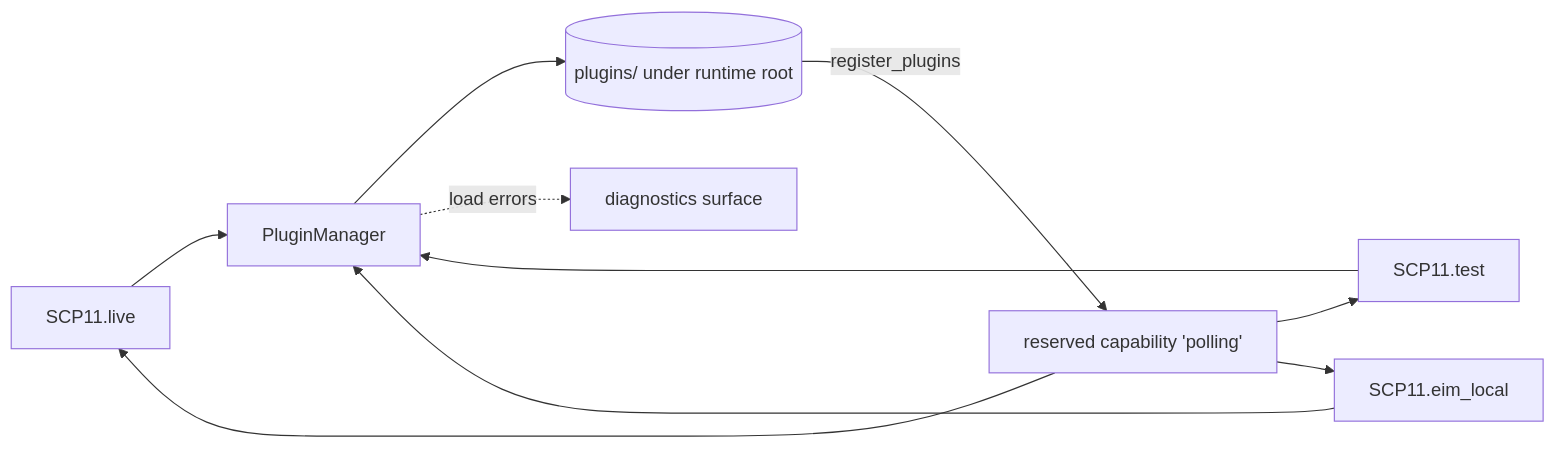
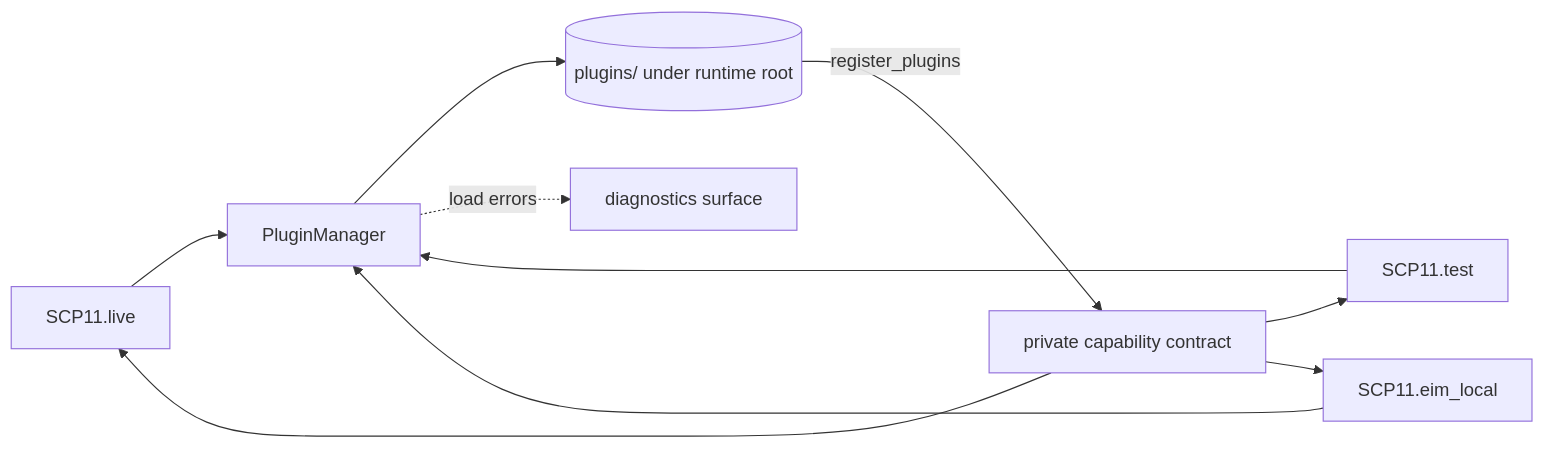
One commit to 1oT/YggdraSIM changed the tenth of 14 diagrams in site-docs/architecture.md. Above: the diagram before and after it, drawn with Mermaid. The commit also changed other lines of this file and 1036 other files, not shown here.

````diff
--- a/site-docs/architecture.md
+++ b/site-docs/architecture.md
@@ -424,15 +428,15 @@
 ```mermaid
 flowchart LR
     Live["SCP11.live"] --> Manager["PluginManager"]
     Test["SCP11.test"] --> Manager
     EimLocal["SCP11.eim_local"] --> Manager
 
     Manager --> Runtime[("plugins/ under runtime root")]
-    Runtime -->|register_plugins| Capability["reserved capability 'polling'"]
+    Runtime -->|register_plugins| Capability["private capability contract"]
 
     Capability --> Live
     Capability --> Test
     Capability --> EimLocal
 
     Manager -. load errors .-> Diag["diagnostics surface"]
 ```
````
